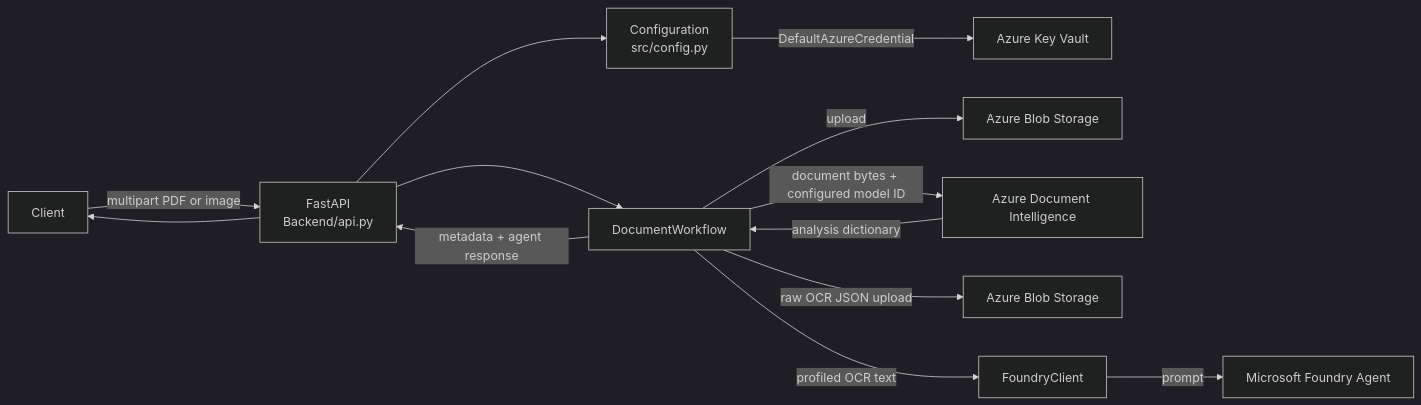
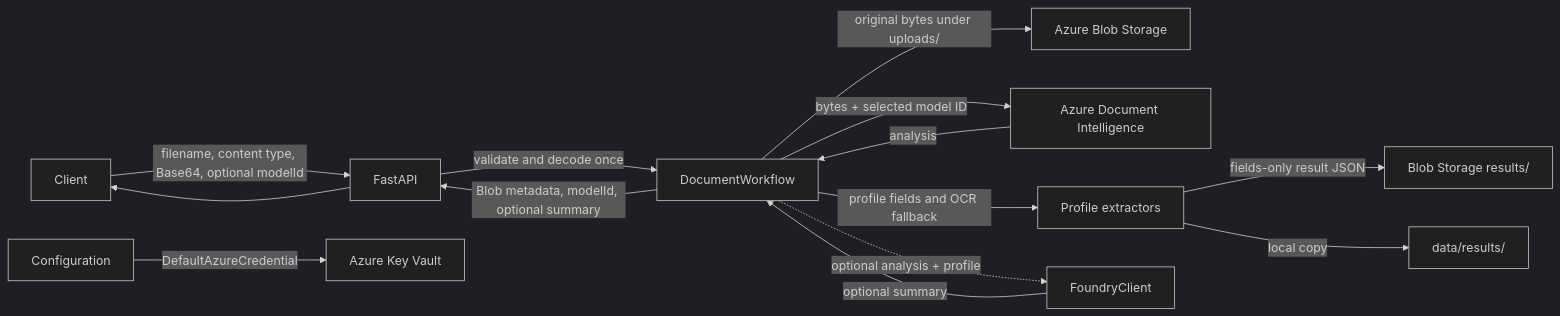
Before and after one commit to Srivighnesh/Document-Intelligence-Azure: the diagram in README.md, drawn with Mermaid (dark theme). The commit also changed other lines of this file and 33 other files, not shown here.

Commit message:
Update document intelligence project

````diff
--- a/README.md
+++ b/README.md
@@ -16,15 +16,16 @@
 ```mermaid
 flowchart LR
-    U[Client] -->|multipart PDF or image| API[FastAPI<br/>Backend/api.py]
-    API --> CFG[Configuration<br/>src/config.py]
-    CFG -->|DefaultAzureCredential| KV[Azure Key Vault]
-    API --> WF[DocumentWorkflow]
-    WF -->|upload| BLOB[Azure Blob Storage]
-    WF -->|document bytes + configured model ID| DI[Azure Document Intelligence]
-    DI -->|analysis dictionary| WF
-    WF -->|raw OCR JSON upload| OCRBLOB[Azure Blob Storage]
-    WF -->|profiled OCR text| FA[FoundryClient]
-    FA -->|prompt| F[Microsoft Foundry Agent]
-    WF -->|metadata + agent response| API
+    U[Client] -->|filename, content type, Base64, optional modelId| API[FastAPI]
+    CFG[Configuration] -->|DefaultAzureCredential| KV[Azure Key Vault]
+    API -->|validate and decode once| WF[DocumentWorkflow]
+    WF -->|original bytes under uploads/| BLOB[Azure Blob Storage]
+    WF -->|bytes + selected model ID| DI[Azure Document Intelligence]
+    DI -->|analysis| WF
+    WF -->|profile fields and OCR fallback| EX[Profile extractors]
+    EX -->|fields-only result JSON| BLOB2[Blob Storage results/]
+    EX -->|local copy| LOCAL[data/results/]
+    WF -.->|optional analysis + profile| FA[FoundryClient]
+    FA -->|optional summary| WF
+    WF -->|Blob metadata, modelId, optional summary| API
     API --> U
 ```
````
